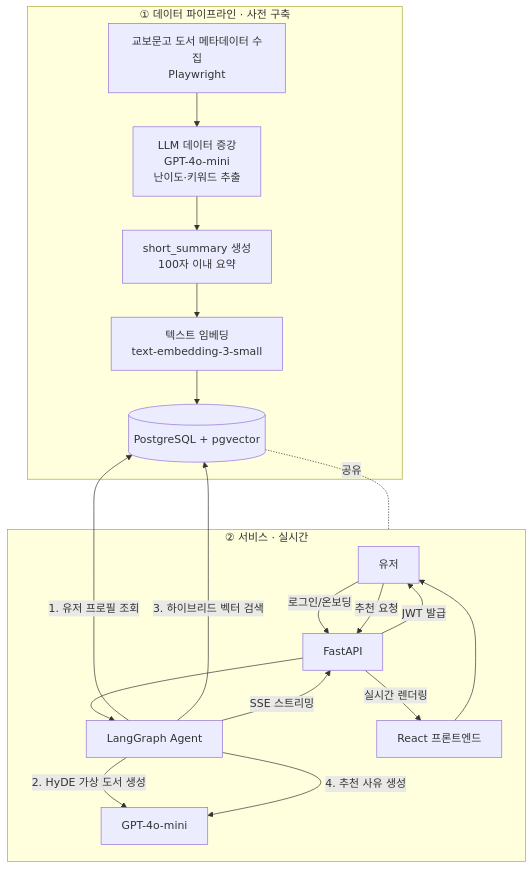
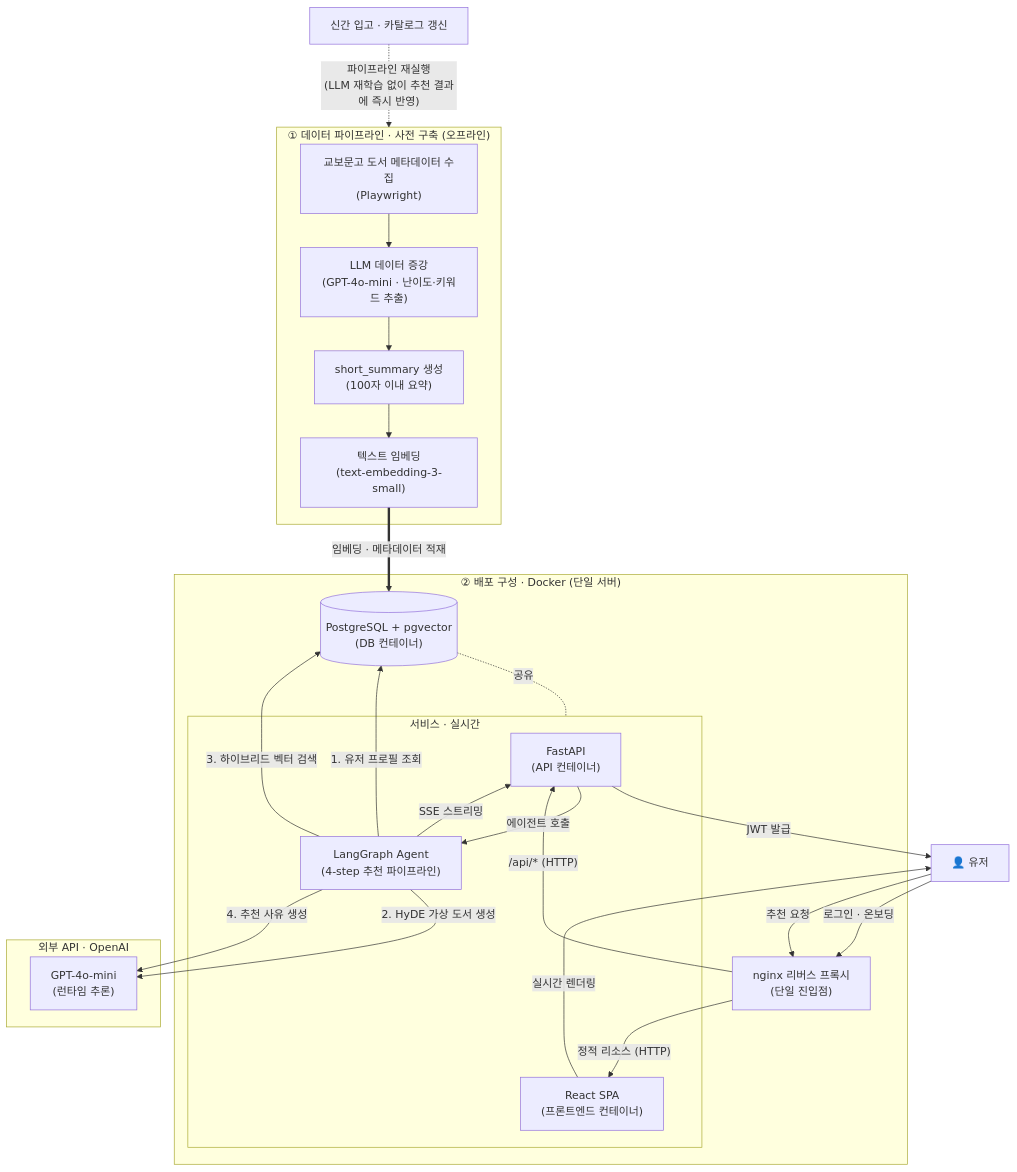
Before and after one commit to ALJALTTAKKALBOOK/User_customized_book_recommendation_platform_using_LLM_Model_BE: the first of 2 diagrams in README.md, drawn with Mermaid.

````diff
--- a/README.md
+++ b/README.md
@@ -78,26 +78,45 @@
 ```mermaid
 flowchart TD
-    subgraph PIPE["① 데이터 파이프라인 · 사전 구축"]
-        A[교보문고 도서 메타데이터 수집<br/>Playwright] -->
-        B[LLM 데이터 증강<br/>GPT-4o-mini<br/>난이도·키워드 추출]
-        B --> C[short_summary 생성<br/>100자 이내 요약]
-        C --> D[텍스트 임베딩<br/>text-embedding-3-small]
-        D --> E[(PostgreSQL + pgvector)]
+    subgraph PIPE["① 데이터 파이프라인 · 사전 구축 (오프라인)"]
+        A["교보문고 도서 메타데이터 수집<br/>(Playwright)"]
+        B["LLM 데이터 증강<br/>(GPT-4o-mini · 난이도·키워드 추출)"]
+        C["short_summary 생성<br/>(100자 이내 요약)"]
+        D["텍스트 임베딩<br/>(text-embedding-3-small)"]
+        A --> B --> C --> D
     end
 
-    subgraph APP["② 서비스 · 실시간"]
-        U[유저] -->|로그인/온보딩| F[FastAPI]
-        F -->|JWT 발급| U
-        U -->|추천 요청| F
-        F --> G[LangGraph Agent]
-        G -->|1. 유저 프로필 조회| E
-        G -->|2. HyDE 가상 도서 생성| H[GPT-4o-mini]
-        G -->|3. 하이브리드 벡터 검색| E
-        G -->|4. 추천 사유 생성| H
-        G -->|SSE 스트리밍| F
-        F -->|실시간 렌더링| FE[React 프론트엔드]
-        FE --> U
+    NEW["신간 입고 · 카탈로그 갱신"]
+    NEW -.->|"파이프라인 재실행<br/>(LLM 재학습 없이 추천 결과에 즉시 반영)"| PIPE
+
+    subgraph DEPLOY["② 배포 구성 · Docker (단일 서버)"]
+        N["nginx 리버스 프록시<br/>(단일 진입점)"]
+        E[("PostgreSQL + pgvector<br/>(DB 컨테이너)")]
+        subgraph APP["서비스 · 실시간"]
+            F["FastAPI<br/>(API 컨테이너)"]
+            FE["React SPA<br/>(프론트엔드 컨테이너)"]
+            G["LangGraph Agent<br/>(4-step 추천 파이프라인)"]
+        end
     end
+
+    subgraph EXT["외부 API · OpenAI"]
+        H["GPT-4o-mini<br/>(런타임 추론)"]
+    end
+
+    U["👤 유저"]
+    U -->|"로그인 · 온보딩"| N
+    U -->|"추천 요청"| N
+    N -->|"/api/* (HTTP)"| F
+    N -->|"정적 리소스 (HTTP)"| FE
+    F -->|"JWT 발급"| U
+    F -->|"에이전트 호출"| G
+    G -->|"1. 유저 프로필 조회"| E
+    G -->|"2. HyDE 가상 도서 생성"| H
+    G -->|"3. 하이브리드 벡터 검색"| E
+    G -->|"4. 추천 사유 생성"| H
+    G -->|"SSE 스트리밍"| F
+    FE -->|"실시간 렌더링"| U
+    D ==>|"임베딩 · 메타데이터 적재"| E
+
 
     E -.공유.- APP
 ```
````
